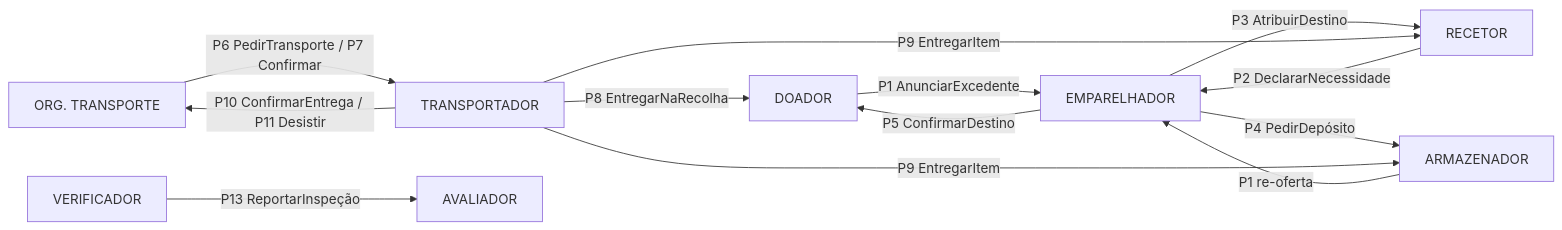
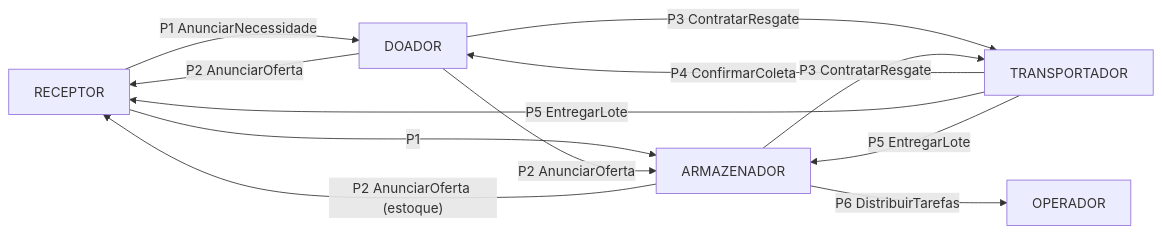
One commit to VituVVL/food-rescue changed the fourth of 4 diagrams in docs/02-analise-gaia.md. Above: the diagram before and after it, drawn with Mermaid. The commit also changed other lines of this file and 4 other files, not shown here.

````diff
--- a/docs/02-analise-gaia.md
+++ b/docs/02-analise-gaia.md
@@ -465,15 +537,14 @@
 ```mermaid
 flowchart LR
-    DO[DOADOR] -- P1 AnunciarExcedente --> EM[EMPARELHADOR]
-    AR[ARMAZENADOR] -- P1 re-oferta --> EM
-    RE[RECETOR] -- P2 DeclararNecessidade --> EM
-    EM -- P3 AtribuirDestino --> RE
-    EM -- P4 PedirDepósito --> AR
-    EM -- P5 ConfirmarDestino --> DO
-    OT[ORG. TRANSPORTE] -- "P6 PedirTransporte / P7 Confirmar" --> TR[TRANSPORTADOR]
-    TR -- P8 EntregarNaRecolha --> DO
-    TR -- P9 EntregarItem --> RE
-    TR -- P9 EntregarItem --> AR
-    TR -- "P10 ConfirmarEntrega / P11 Desistir" --> OT
-    VE[VERIFICADOR] -- P13 ReportarInspeção --> AV[AVALIADOR]
+    RE[RECEPTOR] -- P1 AnunciarNecessidade --> DO[DOADOR]
+    RE -- P1 --> AR[ARMAZENADOR]
+    DO -- P2 AnunciarOferta --> RE
+    DO -- P2 AnunciarOferta --> AR
+    AR -- "P2 AnunciarOferta (estoque)" --> RE
+    DO -- P3 ContratarResgate --> TR[TRANSPORTADOR]
+    AR -- P3 ContratarResgate --> TR
+    TR -- P4 ConfirmarColeta --> DO
+    TR -- P5 EntregarLote --> RE
+    TR -- P5 EntregarLote --> AR
+    AR -- P6 DistribuirTarefas --> OP[OPERADOR]
 ```
````
